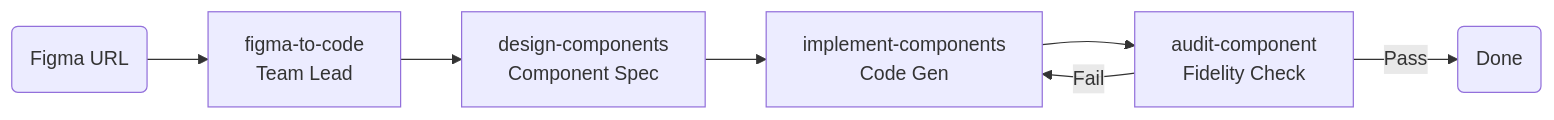
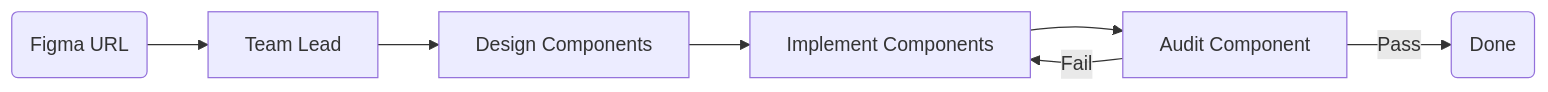
One commit to nonoroazoro/ai changed the diagram in plugins/skills/figma-to-code/README.md. Above: the diagram before and after it, drawn with Mermaid.

Commit message:
Simplify tags

````diff
--- a/plugins/skills/figma-to-code/README.md
+++ b/plugins/skills/figma-to-code/README.md
@@ -7,9 +7,9 @@
 ```mermaid
 flowchart LR
-    A(Figma URL) --> B[figma-to-code\nTeam Lead]
-    B --> C[design-components\nComponent Spec]
-    C --> D[implement-components\nCode Gen]
-    D --> E[audit-component\nFidelity Check]
+    A(Figma URL) --> B[Team Lead]
+    B --> C[Design Components]
+    C --> D[Implement Components]
+    D --> E[Audit Component]
     E -- Pass --> F(Done)
     E -- Fail --> D
 ```
````
